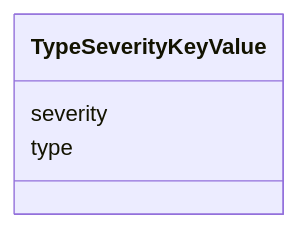
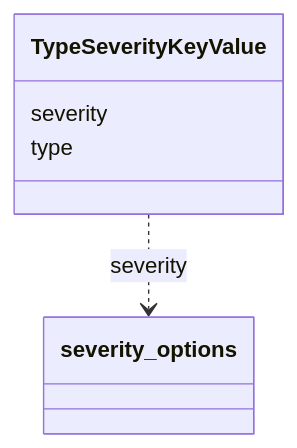
The diagram in validation/TypeSeverityKeyValue.md (INCATools/ontology-access-kit), drawn with Mermaid before and after one commit. The commit also changed 1783 other files, not shown here.

````diff
--- a/validation/TypeSeverityKeyValue.md
+++ b/validation/TypeSeverityKeyValue.md
@@ -11,7 +11,11 @@
 ```{mermaid}
  classDiagram
     class TypeSeverityKeyValue
       TypeSeverityKeyValue : severity
+        
+          TypeSeverityKeyValue ..> severity_options : severity
+        
       TypeSeverityKeyValue : type
+        
       
 ```
````
